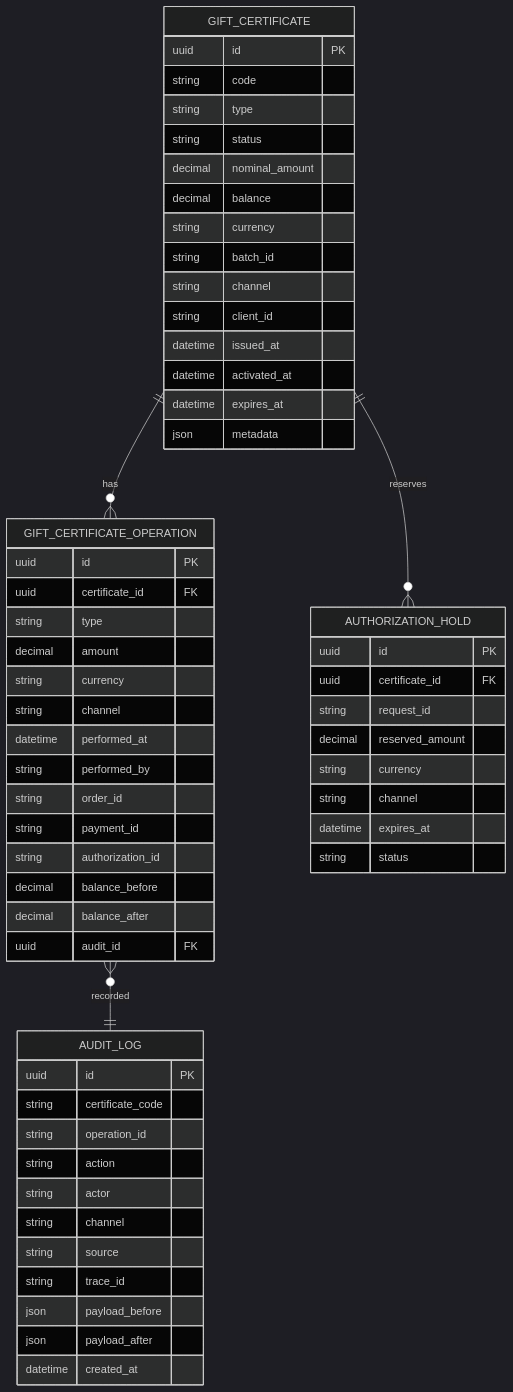
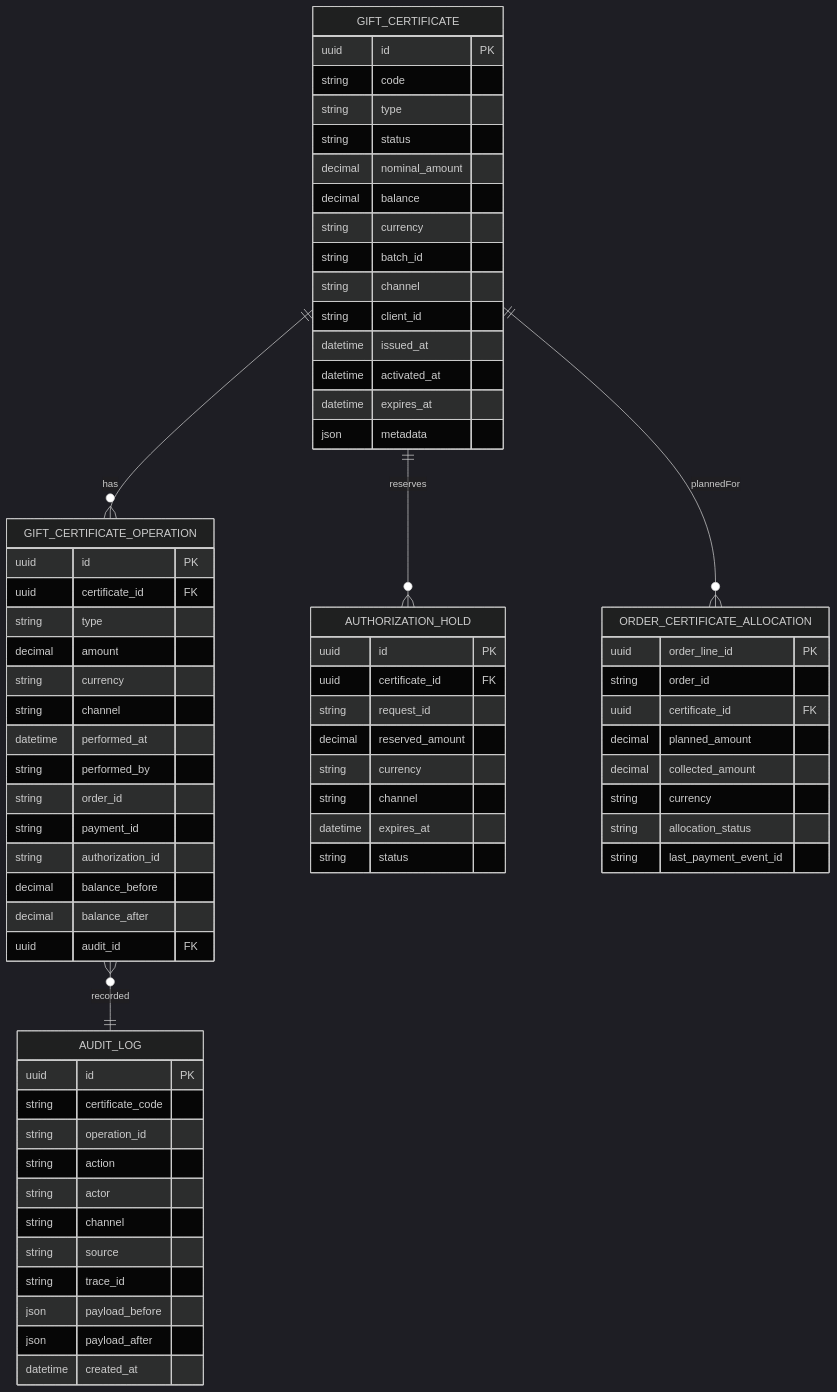
The diagram in specs/erd.mmd (dobryakov/gift-certs-example2), drawn with Mermaid (dark theme) before and after one commit. The commit also changed 15 other files, not shown here.

```diff
--- a/specs/erd.mmd
+++ b/specs/erd.mmd
@@ -1,63 +1,75 @@
 erDiagram
   GIFT_CERTIFICATE ||--o{ GIFT_CERTIFICATE_OPERATION : "has"
   GIFT_CERTIFICATE ||--o{ AUTHORIZATION_HOLD : "reserves"
+  GIFT_CERTIFICATE ||--o{ ORDER_CERTIFICATE_ALLOCATION : "plannedFor"
   GIFT_CERTIFICATE_OPERATION }o--|| AUDIT_LOG : "recorded"
 
   GIFT_CERTIFICATE {
     uuid id PK
     string code
     string type
     string status
     decimal nominal_amount
     decimal balance
     string currency
     string batch_id
     string channel
     string client_id
     datetime issued_at
     datetime activated_at
     datetime expires_at
     json metadata
   }
 
   GIFT_CERTIFICATE_OPERATION {
     uuid id PK
     uuid certificate_id FK
     string type
     decimal amount
     string currency
     string channel
     datetime performed_at
     string performed_by
     string order_id
     string payment_id
     string authorization_id
     decimal balance_before
     decimal balance_after
     uuid audit_id FK
   }
 
   AUTHORIZATION_HOLD {
     uuid id PK
     uuid certificate_id FK
     string request_id
     decimal reserved_amount
     string currency
     string channel
     datetime expires_at
     string status
   }
 
+  ORDER_CERTIFICATE_ALLOCATION {
+    uuid order_line_id PK
+    string order_id
+    uuid certificate_id FK
+    decimal planned_amount
+    decimal collected_amount
+    string currency
+    string allocation_status
+    string last_payment_event_id
+  }
+
   AUDIT_LOG {
     uuid id PK
     string certificate_code
     string operation_id
     string action
     string actor
     string channel
     string source
     string trace_id
     json payload_before
     json payload_after
     datetime created_at
   }
```
